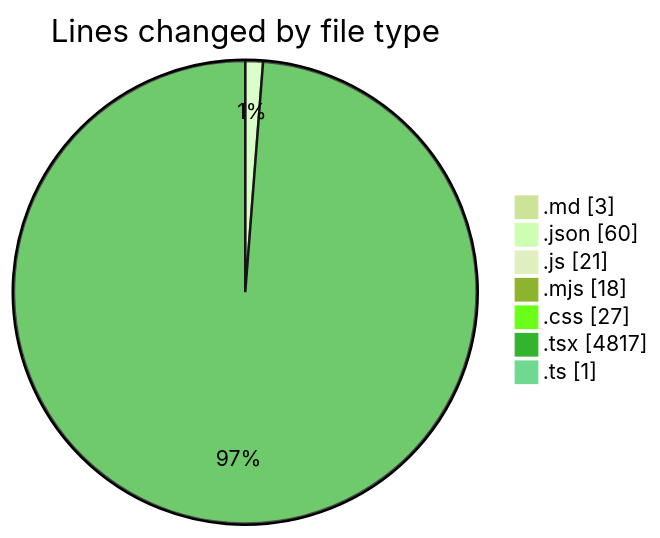
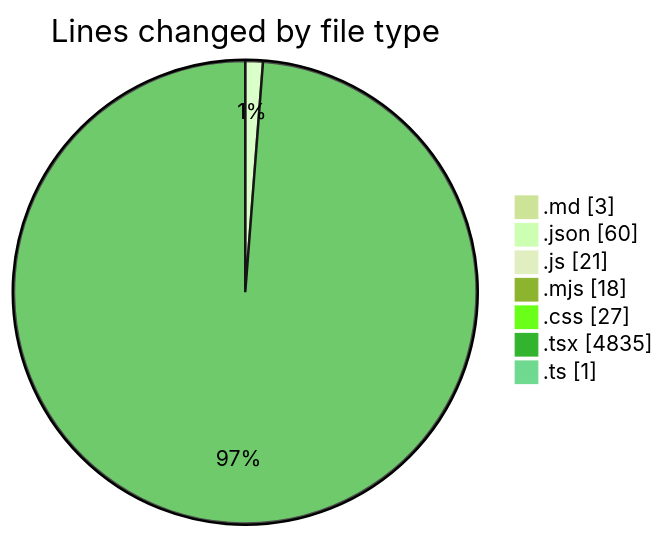
One commit to Ritupan-Deka/code-tracking changed the first of 2 diagrams in 2025-06-18/scopesketch-app/README.md. Above: the diagram before and after it, drawn with Mermaid (forest theme). The commit also changed other lines of this file and 1 other file, not shown here.

````diff
--- a/2025-06-18/scopesketch-app/README.md
+++ b/2025-06-18/scopesketch-app/README.md
@@ -31,11 +31,11 @@
 ```mermaid
 pie showData
 title Lines changed by file type
 ".md" : 3
 ".json" : 60
 ".js" : 21
 ".mjs" : 18
 ".css" : 27
-".tsx" : 4817
+".tsx" : 4835
 ".ts" : 1
 ```
````
